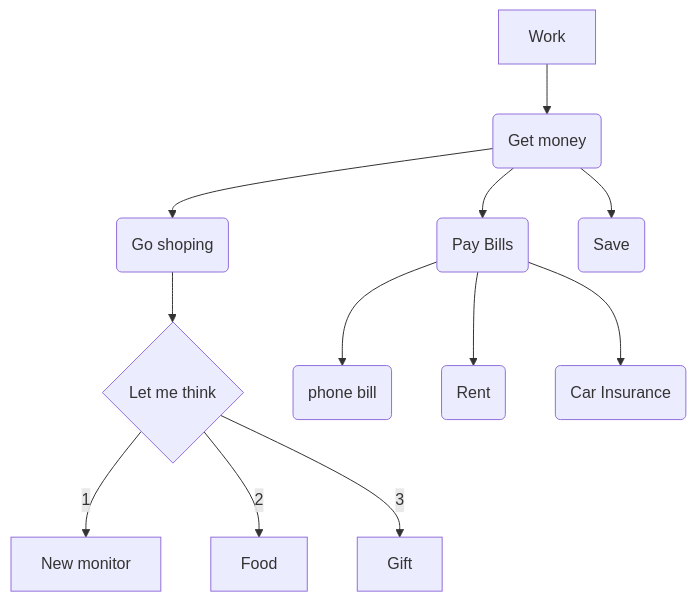
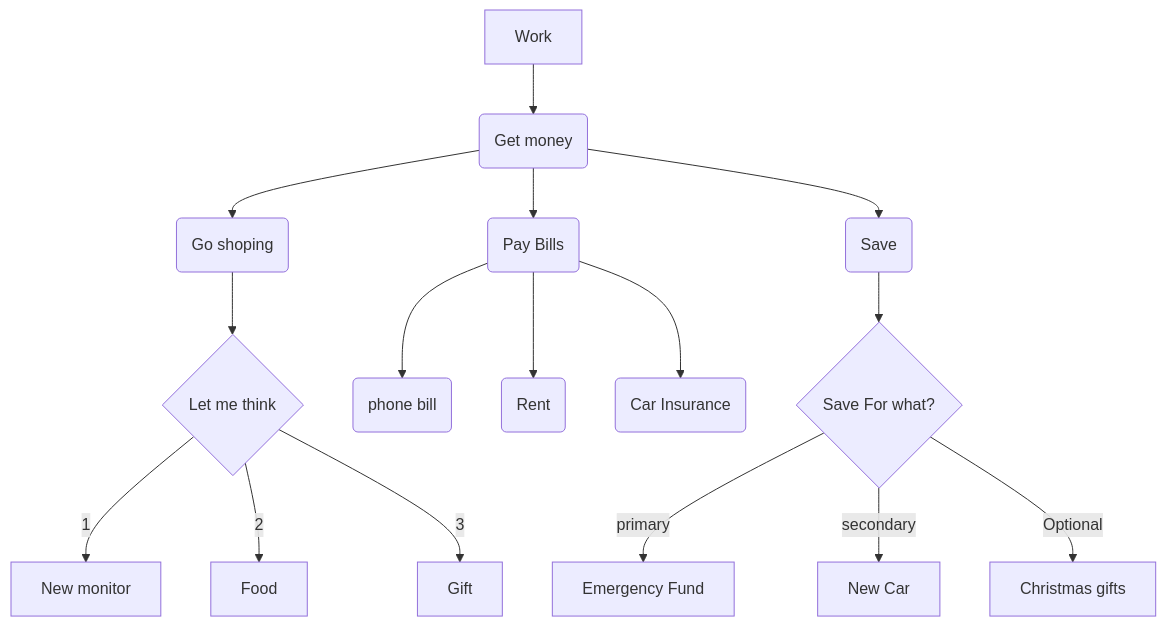
One commit to Epperezmoreno/epperezmoreno.github.io changed the diagram in Diagram.md. Above: the diagram before and after it, drawn with Mermaid.

Commit message:
Update Diagram.md
added savings chart

````diff
--- a/Diagram.md
+++ b/Diagram.md
@@ -1,15 +1,20 @@
 ```mermaid
 flowchart TD 
 A[Work] -->B(Get money)
 B --> C(Go shoping)
 B --> D(Pay Bills)
 B --> E(Save)
 C --> F{Let me think}
 F -->|1| G[New monitor]
 F -->|2| H[Food]
 F -->|3| I[Gift]
 
 D --> J(phone bill)
 D --> K(Rent)
 D --> M(Car Insurance)
+
+E --> N{Save For what?}
+N --> |primary| O[Emergency Fund]
+N --> |secondary| P[New Car]
+N --> |Optional| Q[Christmas gifts]
 ```
````
